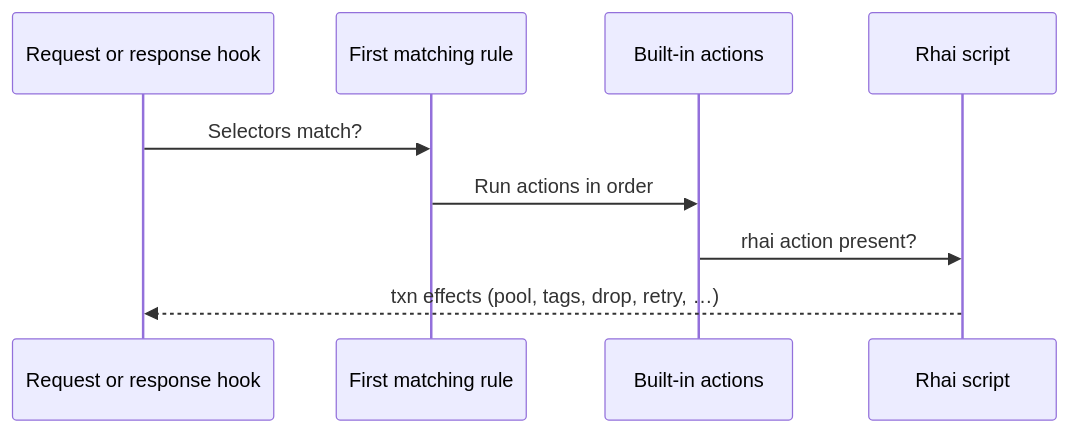
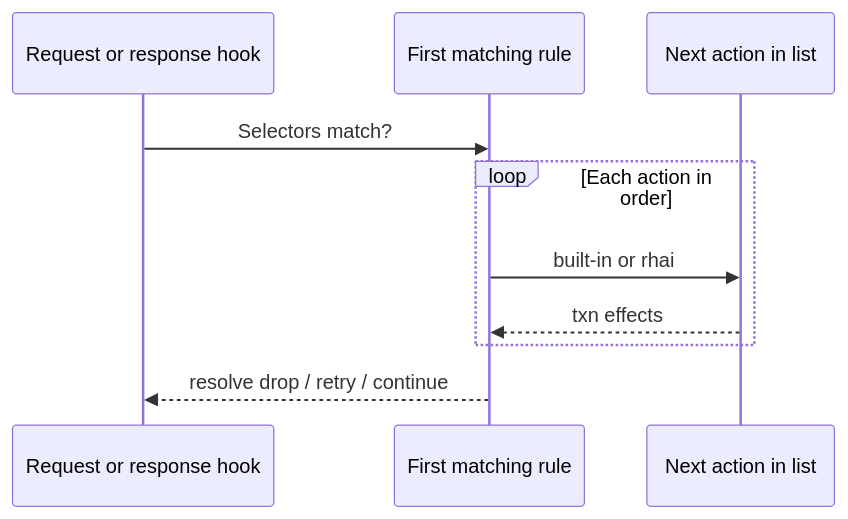
One commit to egon1024/DNSConduit changed the diagram in operator-docs/docs/rhai/index.md. Above: the diagram before and after it, drawn with Mermaid. The commit also changed other lines of this file and 32 other files, not shown here.

````diff
--- a/operator-docs/docs/rhai/index.md
+++ b/operator-docs/docs/rhai/index.md
@@ -30,12 +27,13 @@
 ```mermaid
 sequenceDiagram
   participant Hook as Request or response hook
   participant Rule as First matching rule
-  participant Builtin as Built-in actions
-  participant Script as Rhai script
+  participant Step as Next action in list
 
   Hook->>Rule: Selectors match?
-  Rule->>Builtin: Run actions in order
-  Builtin->>Script: rhai action present?
-  Script-->>Hook: txn effects (pool, tags, drop, retry, …)
+  loop Each action in order
+    Rule->>Step: built-in or rhai
+    Step-->>Rule: txn effects
+  end
+  Rule-->>Hook: resolve drop / retry / continue
 ```
````
